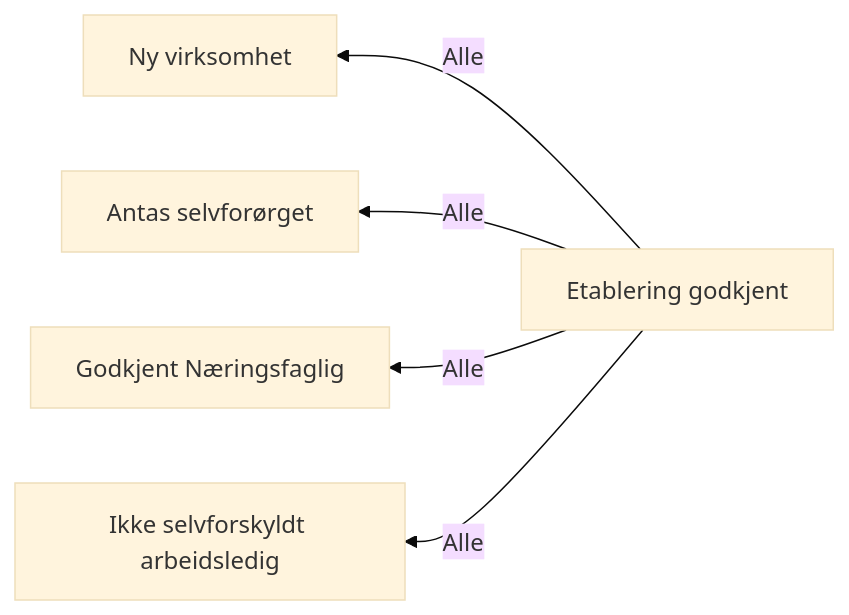
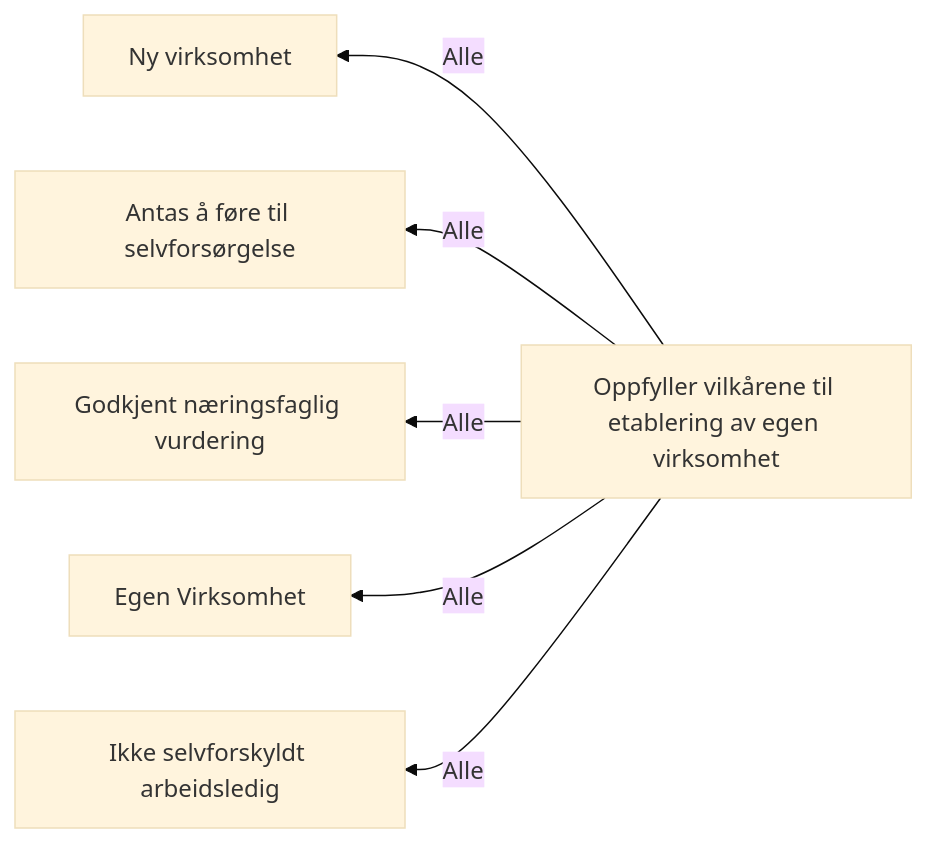
One commit to navikt/dp-behandling changed the diagram in docs/regler/Etablering.approved.md. Above: the diagram before and after it, drawn with Mermaid (base theme). The commit also changed other lines of this file and 6 other files, not shown here.

Commit message:
legg til ny opplysnig egenVirksomhet, rett opp i beskrivelse

````diff
--- a/docs/regler/Etablering.approved.md
+++ b/docs/regler/Etablering.approved.md
@@ -5,7 +5,8 @@
 ```mermaid
 graph RL
-  A["Etablering godkjent"] -->|"Alle"| B["Ny virksomhet"]
-  A["Etablering godkjent"] -->|"Alle"| C["Antas selvforørget"]
-  A["Etablering godkjent"] -->|"Alle"| D["Godkjent Næringsfaglig"]
-  A["Etablering godkjent"] -->|"Alle"| E["Ikke selvforskyldt arbeidsledig"]
+  A["Oppfyller vilkårene til etablering av egen virksomhet"] -->|"Alle"| B["Ny virksomhet"]
+  A["Oppfyller vilkårene til etablering av egen virksomhet"] -->|"Alle"| C["Antas å føre til selvforsørgelse"]
+  A["Oppfyller vilkårene til etablering av egen virksomhet"] -->|"Alle"| D["Godkjent næringsfaglig vurdering"]
+  A["Oppfyller vilkårene til etablering av egen virksomhet"] -->|"Alle"| E["Egen Virksomhet"]
+  A["Oppfyller vilkårene til etablering av egen virksomhet"] -->|"Alle"| F["Ikke selvforskyldt arbeidsledig"]
 ```
````
